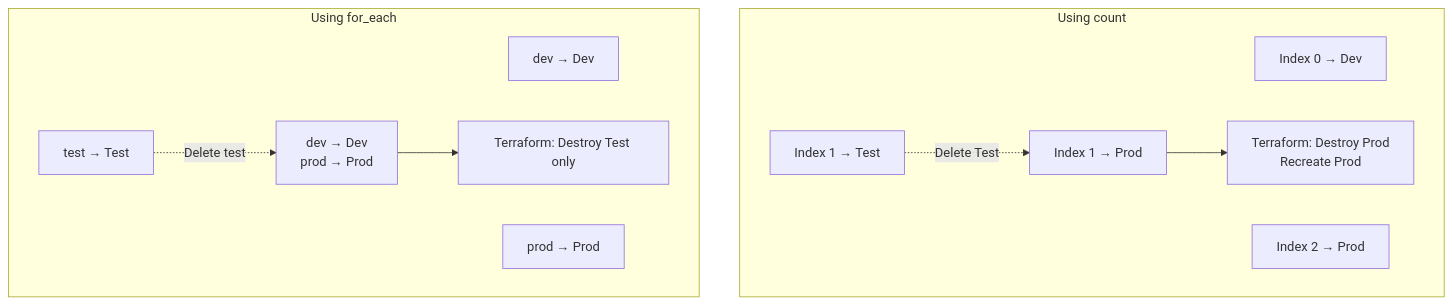
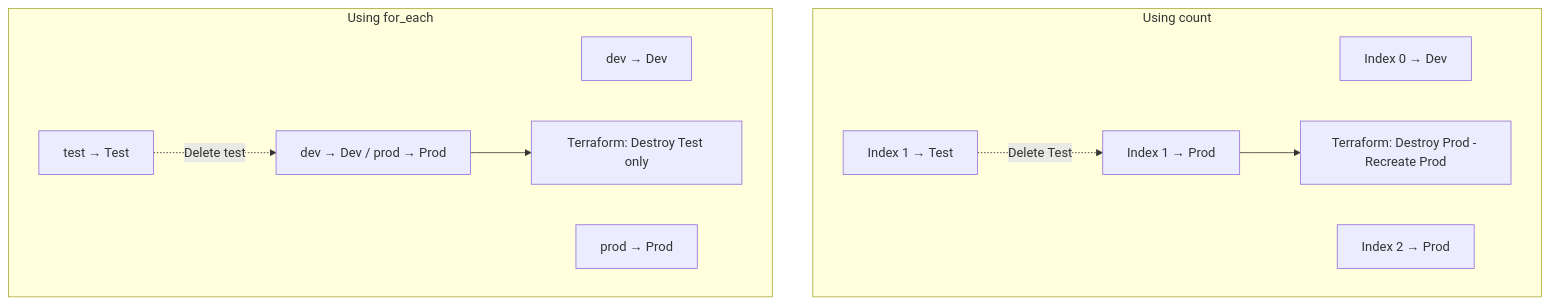
One commit to RAWRitsCloud/rawritscloud.github.io changed the second of 3 diagrams in _posts/2026-06-17-terraform_loops.md. Above: the diagram before and after it, drawn with Mermaid. The commit also changed other lines of this file and 2 other files, not shown here.

Commit message:
Enhance Mermaid rendering with improved styling and text extraction for better visualization

````diff
--- a/_posts/2026-06-17-terraform_loops.md
+++ b/_posts/2026-06-17-terraform_loops.md
@@ -253,18 +253,18 @@
 ```mermaid
 flowchart TB
   subgraph CountExample[Using count]
     A0[Index 0 → Dev]
     A1[Index 1 → Test]
     A2[Index 2 → Prod]
     A1 -. Delete Test .-> A2_after[Index 1 → Prod]
-    A2_after --> Replace[Terraform: Destroy Prod\nRecreate Prod]
+    A2_after --> Replace[Terraform: Destroy Prod - Recreate Prod]
   end
 
   subgraph ForEachExample[Using for_each]
     Fdev[dev → Dev]
     Ftest[test → Test]
     Fprod[prod → Prod]
-    Ftest -. Delete test .-> Fprod_after[dev → Dev\nprod → Prod]
+    Ftest -. Delete test .-> Fprod_after[dev → Dev / prod → Prod]
     Fprod_after --> Replace2[Terraform: Destroy Test only]
   end
 ```
````
